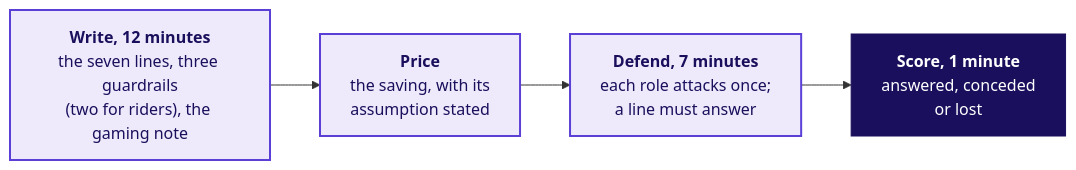
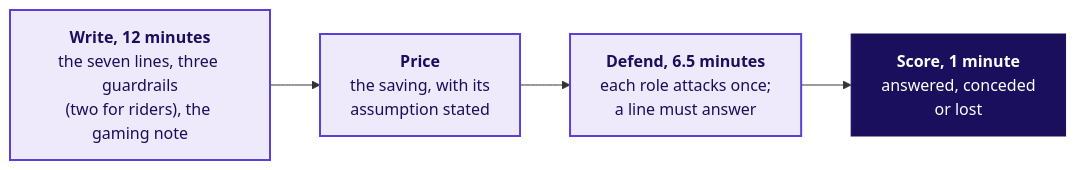
The first of 3 diagrams in content/W04/D1/slides/C2_W04_D01_half2_STUDENT.md (fde-academy-lab/c2-content-factory), drawn with Mermaid before and after one commit. The commit also changed other lines of this file and 4 other files, not shown here.

````diff
--- a/content/W04/D1/slides/C2_W04_D01_half2_STUDENT.md
+++ b/content/W04/D1/slides/C2_W04_D01_half2_STUDENT.md
@@ -52,10 +52,10 @@
 ```mermaid
 flowchart LR
     W["<b>Write, 12 minutes</b><br/>the seven lines, three guardrails<br/>(two for riders), the gaming note"] --> P["<b>Price</b><br/>the saving, with its<br/>assumption stated"]
-    P --> D["<b>Defend, 7 minutes</b><br/>each role attacks once;<br/>a line must answer"]
+    P --> D["<b>Defend, 6.5 minutes</b><br/>each role attacks once;<br/>a line must answer"]
     D --> S["<b>Score, 1 minute</b><br/>answered, conceded<br/>or lost"]
     classDef known fill:#EEEAFB,stroke:#5B3FD6,color:#1A0F5C,stroke-width:2px
     classDef lit fill:#1A0F5C,stroke:#1A0F5C,color:#FFFFFF
     class W,P,D known
     class S lit
 ```
````
